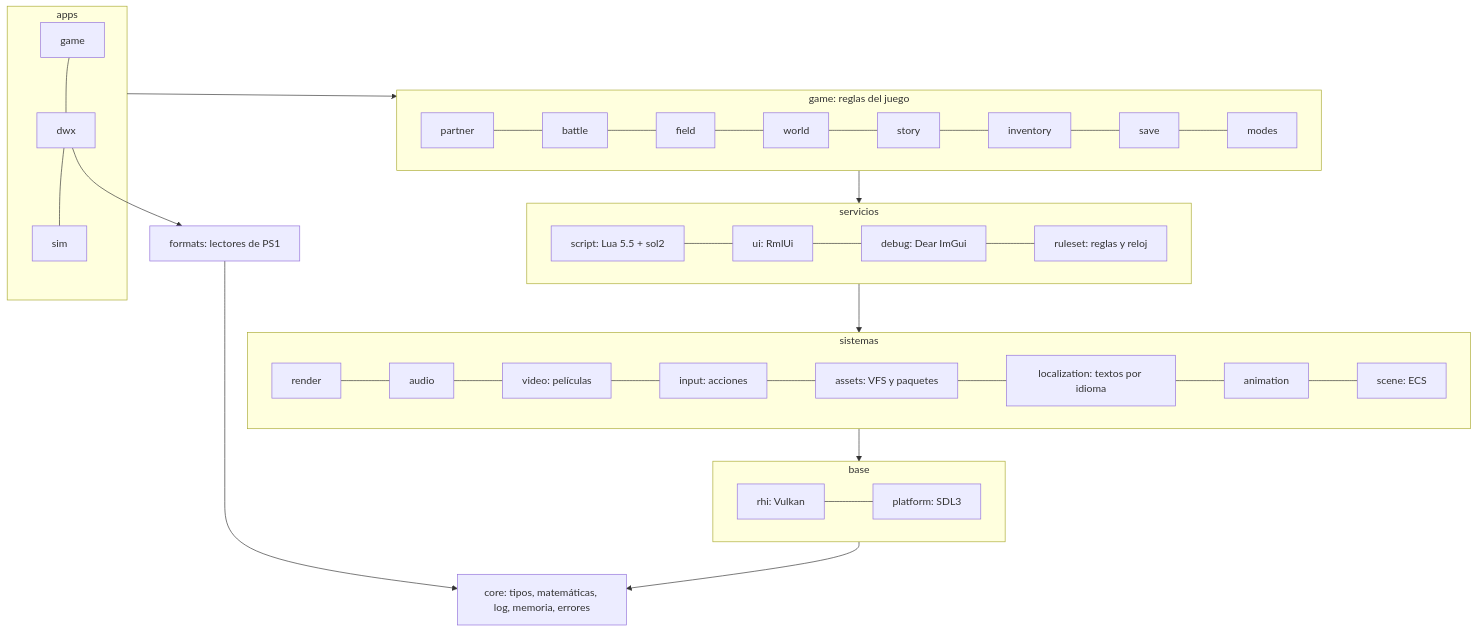
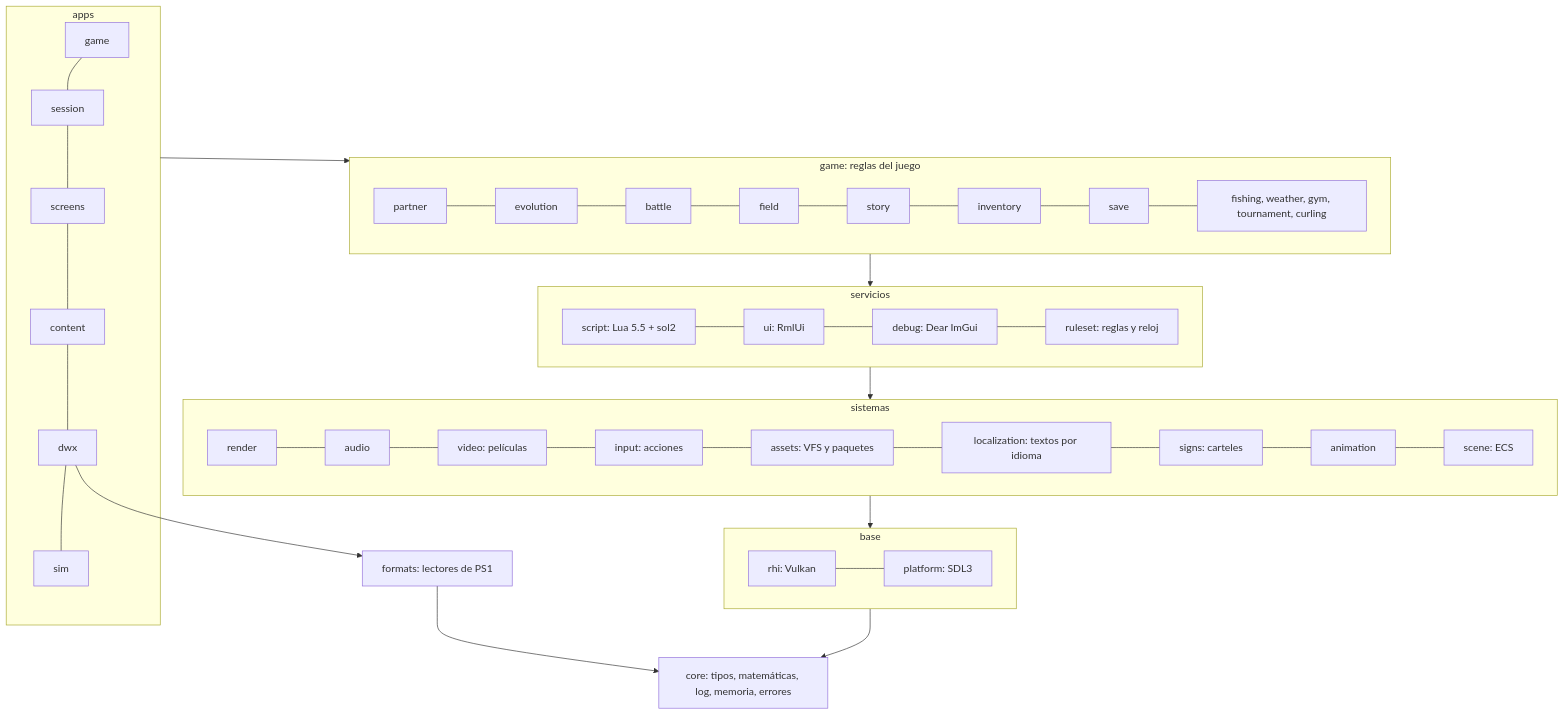
Before and after one commit to Indie-Modding-Games/dw-engine: the second of 2 diagrams in docs/architecture/overview.md, drawn with Mermaid. The commit also changed other lines of this file and 85 other files, not shown here.

````diff
--- a/docs/architecture/overview.md
+++ b/docs/architecture/overview.md
@@ -48,23 +51,23 @@
 ```mermaid
 flowchart TB
     subgraph apps[apps]
-        game_app[game] --- dwx[dwx] --- sim[sim]
+        game_app[game] --- session[session] --- screens[screens] --- content[content] --- dwx[dwx] --- sim[sim]
     end
     subgraph gameplay[game: reglas del juego]
-        partner --- battle --- field --- world --- story --- inventory --- save --- modes
+        partner --- evolution --- battle --- field --- story --- inventory --- save --- minigames[fishing, weather, gym, tournament, curling]
     end
     subgraph services[servicios]
         script[script: Lua 5.5 + sol2] --- ui[ui: RmlUi] --- debug[debug: Dear ImGui] --- ruleset[ruleset: reglas y reloj]
     end
     subgraph systems[sistemas]
-        render --- audio --- video[video: películas] --- input[input: acciones] --- assets[assets: VFS y paquetes] --- localization[localization: textos por idioma] --- animation --- scene[scene: ECS]
+        render --- audio --- video[video: películas] --- input[input: acciones] --- assets[assets: VFS y paquetes] --- localization[localization: textos por idioma] --- signs[signs: carteles] --- animation --- scene[scene: ECS]
     end
     subgraph base[base]
         rhi[rhi: Vulkan] --- platform[platform: SDL3]
     end
     core[core: tipos, matemáticas, log, memoria, errores]
     formats[formats: lectores de PS1]
 
     apps --> gameplay --> services --> systems --> base --> core
     dwx --> formats --> core
 ```
````
